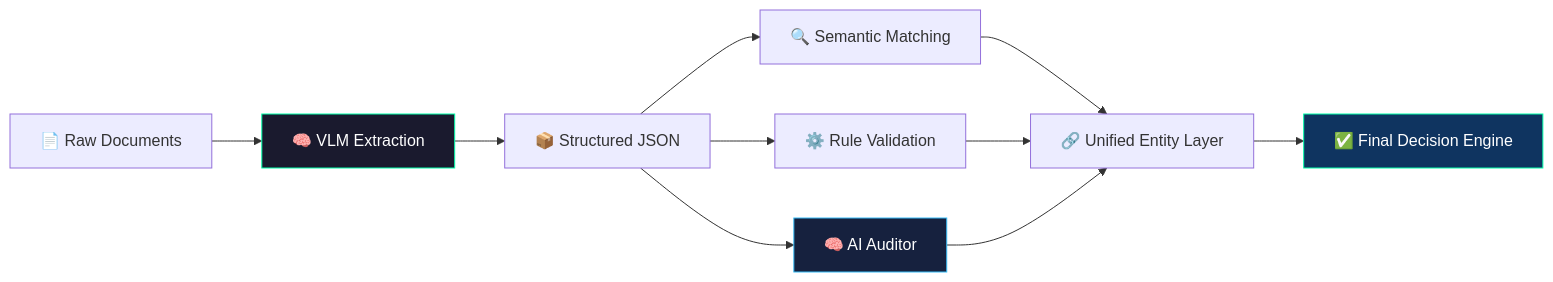
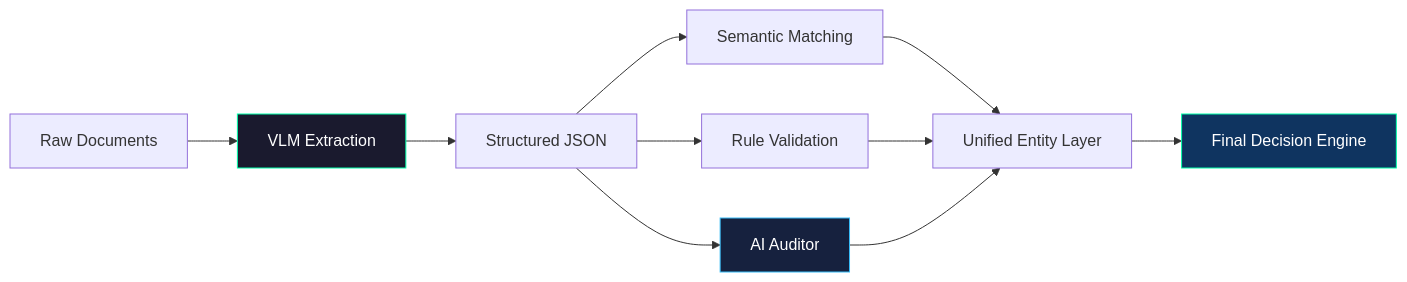
One commit to pypi-ahmad/pypi-ahmad changed the first of 3 diagrams in README.md. Above: the diagram before and after it, drawn with Mermaid. The commit also changed other lines of this file, not shown here.

````diff
--- a/README.md
+++ b/README.md
@@ -314,19 +185,19 @@
 ```mermaid
 flowchart LR
-    A[📄 Raw Documents] --> B[🧠 VLM Extraction]
-    B --> C[📦 Structured JSON]
+    A[Raw Documents] --> B[VLM Extraction]
+    B --> C[Structured JSON]
 
-    C --> D1[🔍 Semantic Matching]
-    C --> D2[⚙️ Rule Validation]
-    C --> D3[🧠 AI Auditor]
+    C --> D1[Semantic Matching]
+    C --> D2[Rule Validation]
+    C --> D3[AI Auditor]
 
-    D1 --> E[🔗 Unified Entity Layer]
+    D1 --> E[Unified Entity Layer]
     D2 --> E
     D3 --> E
 
-    E --> F[✅ Final Decision Engine]
+    E --> F[Final Decision Engine]
 
     style B fill:#1a1a2e,stroke:#00FFAA,color:#fff
     style D3 fill:#16213e,stroke:#36BCF7,color:#fff
     style F fill:#0f3460,stroke:#00FFAA,color:#fff
 ```
````
